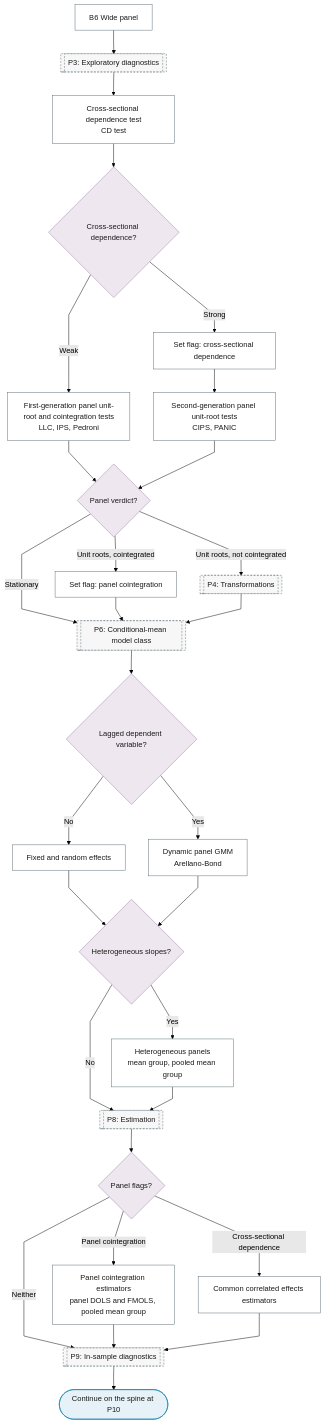
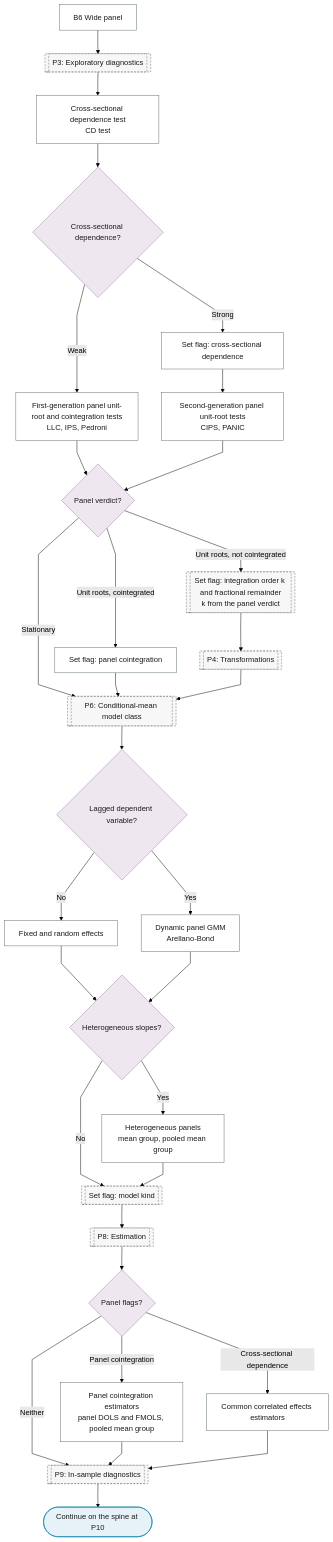
The diagram in docs/reference/32-panel-time-series/index.md (Shuxin-Y/time-series-analysis-manual), drawn with Mermaid (forest theme) before and after one commit. The commit also changed 17 other files, not shown here.

First line of the commit message:
fix(charts): round-3 review fixes to seasonality, thresholds and branch flags

````diff
--- a/docs/reference/32-panel-time-series/index.md
+++ b/docs/reference/32-panel-time-series/index.md
@@ -7,40 +7,43 @@
 ```mermaid
 %%{init: {"flowchart": {"curve": "linear"}}}%%
 graph TD
     B6["B6 Wide panel"] --> P3[["P3: Exploratory diagnostics"]]
     P3 --> B6_CROSS_SECTION_DEPENDENCE["Cross-sectional dependence test<br/>CD test"]
     B6_CROSS_SECTION_DEPENDENCE --> B6_CD{"Cross-sectional dependence?"}
     B6_CD -->|"Weak"| B6_PANEL_UNIT_ROOT["First-generation panel unit-root and cointegration tests<br/>LLC, IPS, Pedroni"]
     B6_CD -->|"Strong"| B6_CD_FLAG["Set flag: cross-sectional dependence"]
     B6_CD_FLAG --> B6_SECOND_GENERATION["Second-generation panel unit-root tests<br/>CIPS, PANIC"]
     B6_PANEL_UNIT_ROOT & B6_SECOND_GENERATION --> B6_VERDICT{"Panel verdict?"}
     B6_VERDICT -->|"Unit roots, cointegrated"| B6_COINT_FLAG["Set flag: panel cointegration"]
-    B6_VERDICT -->|"Unit roots, not cointegrated"| P4[["P4: Transformations"]]
+    B6_VERDICT -->|"Unit roots, not cointegrated"| P3_ORDER_FLAG[["Set flag: integration order k and fractional remainder<br/>k from the panel verdict"]]
+    P3_ORDER_FLAG --> P4[["P4: Transformations"]]
     B6_VERDICT -->|"Stationary"| P6
     B6_COINT_FLAG & P4 --> P6[["P6: Conditional-mean model class"]]
     P6 --> B6_DYNAMIC{"Lagged dependent variable?"}
     B6_DYNAMIC -->|"No"| B6_STATIC_PANEL["Fixed and random effects"]
     B6_DYNAMIC -->|"Yes"| B6_DYNAMIC_PANEL["Dynamic panel GMM<br/>Arellano-Bond"]
     B6_STATIC_PANEL & B6_DYNAMIC_PANEL --> B6_HETERO{"Heterogeneous slopes?"}
     B6_HETERO -->|"Yes"| B6_HETEROGENEOUS["Heterogeneous panels<br/>mean group, pooled mean group"]
-    B6_HETERO -->|"No"| P8
-    B6_HETEROGENEOUS --> P8[["P8: Estimation"]]
+    B6_HETERO -->|"No"| P6_KIND_FLAG
+    B6_HETEROGENEOUS --> P6_KIND_FLAG[["Set flag: model kind"]]
+    P6_KIND_FLAG --> P8[["P8: Estimation"]]
+    class P6_KIND_FLAG ref
     P8 --> B6_ESTIMATOR{"Panel flags?"}
     B6_ESTIMATOR -->|"Panel cointegration"| B6_PANEL_COINTEGRATION["Panel cointegration estimators<br/>panel DOLS and FMOLS, pooled mean group"]
     B6_ESTIMATOR -->|"Cross-sectional dependence"| B6_CCE["Common correlated effects estimators"]
     B6_ESTIMATOR -->|"Neither"| P9
     B6_PANEL_COINTEGRATION & B6_CCE --> P9[["P9: In-sample diagnostics"]]
     P9 --> B6_OUT(["Continue on the spine at P10"])
     class B6_OUT terminator
     class B6_CD,B6_VERDICT,B6_DYNAMIC,B6_HETERO,B6_ESTIMATOR decision
     class B6,B6_CROSS_SECTION_DEPENDENCE,B6_PANEL_UNIT_ROOT,B6_CD_FLAG,B6_SECOND_GENERATION,B6_COINT_FLAG,B6_STATIC_PANEL,B6_DYNAMIC_PANEL,B6_HETEROGENEOUS,B6_PANEL_COINTEGRATION,B6_CCE process
-    class P3,P4,P6,P8,P9 ref
+    class P3,P4,P6,P8,P9,P3_ORDER_FLAG ref
     classDef terminator fill:#E6F2F7,stroke:#007BA7,color:#1A1A1A;
     classDef process fill:#FFFFFF,stroke:#5A6B73,color:#1A1A1A;
     classDef decision fill:#EFE7F0,stroke:#9B7FA7,color:#1A1A1A;
     classDef data fill:#FFF4E0,stroke:#C9A55E,color:#1A1A1A;
     classDef good fill:#DCEFD8,stroke:#4A7A3F,color:#1A1A1A;
     classDef escalate fill:#FFE9C2,stroke:#C9A55E,color:#1A1A1A;
     classDef problem fill:#F2D9DE,stroke:#800020,color:#1A1A1A;
     classDef ref fill:#F7F7F7,stroke:#5A6B73,color:#1A1A1A,stroke-dasharray:4 3;
 ```
````
